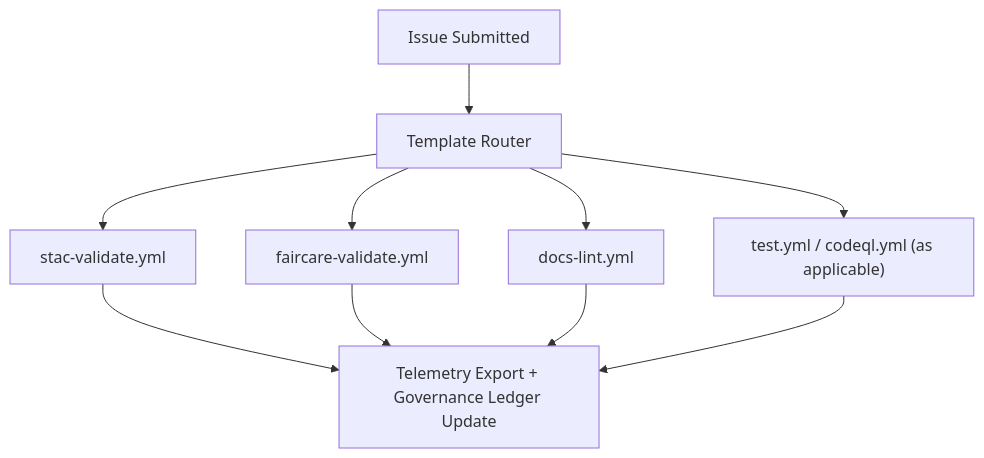
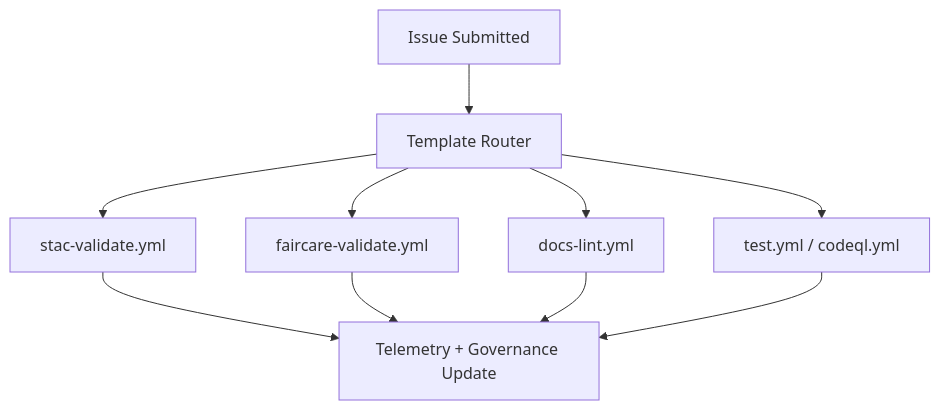
The diagram in .github/ISSUE_TEMPLATE/README.md (bartytime4life/Kansas-Frontier-Matrix), drawn with Mermaid before and after one commit. The commit also changed other lines of this file, not shown here.

````diff
--- a/.github/ISSUE_TEMPLATE/README.md
+++ b/.github/ISSUE_TEMPLATE/README.md
@@ -136,9 +150,12 @@
-```mermaid
+~~~~~mermaid
 flowchart TD
-A["Issue Submitted"] --> B["Template Router"]
-B --> C["stac-validate.yml"]
-B --> D["faircare-validate.yml"]
-B --> E["docs-lint.yml"]
-B --> F["test.yml / codeql.yml (as applicable)"]
-C & D & E & F --> G["Telemetry Export + Governance Ledger Update"]
-```
+  A["Issue Submitted"] --> B["Template Router"]
+  B --> C["stac-validate.yml"]
+  B --> D["faircare-validate.yml"]
+  B --> E["docs-lint.yml"]
+  B --> F["test.yml / codeql.yml"]
+  C --> G["Telemetry + Governance Update"]
+  D --> G
+  E --> G
+  F --> G
+~~~~~
````
